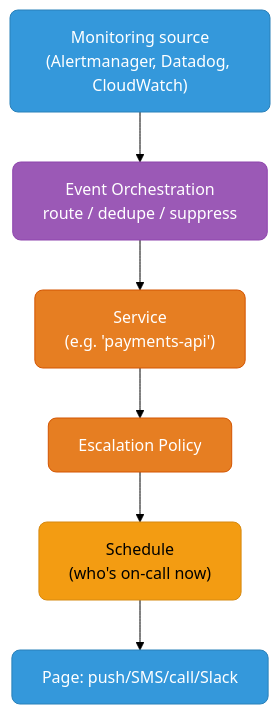
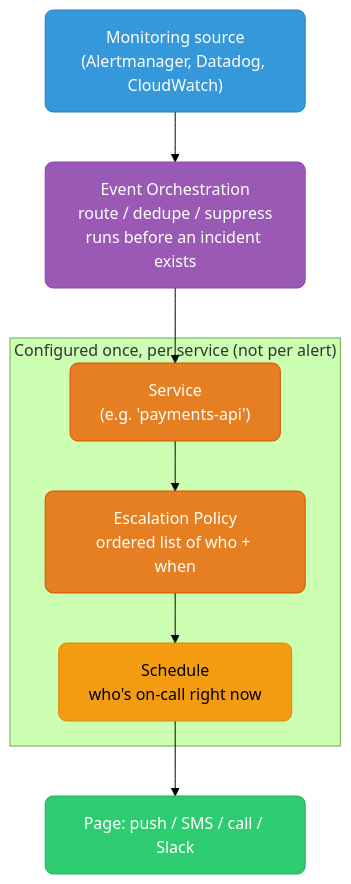
The first of 6 diagrams in sre/oncall-tooling.md (deepanshu-rawat6/DevOpsIndex), drawn with Mermaid (forest theme) before and after one commit. The commit also changed other lines of this file and 10 other files, not shown here.

````diff
--- a/sre/oncall-tooling.md
+++ b/sre/oncall-tooling.md
@@ -9,13 +14,21 @@
 ```mermaid
 flowchart TD
     classDef blue fill:#3498db,stroke:#2980b9,color:#fff,rx:8
     classDef purple fill:#9b59b6,stroke:#8e44ad,color:#fff,rx:8
     classDef orange fill:#e67e22,stroke:#d35400,color:#fff,rx:8
     classDef yellow fill:#f39c12,stroke:#d68910,color:#000,rx:8
+    classDef green fill:#2ecc71,stroke:#27ae60,color:#fff,rx:8
 
-    ALERT["Monitoring source<br>(Alertmanager, Datadog, CloudWatch)"]:::blue --> EVENT["Event Orchestration<br>route / dedupe / suppress"]:::purple
-    EVENT --> SVC["Service<br>(e.g. 'payments-api')"]:::orange
-    SVC --> EP["Escalation Policy"]:::orange
-    EP --> SCHED["Schedule<br>(who's on-call now)"]:::yellow
-    SCHED --> PAGE["Page: push/SMS/call/Slack"]:::blue
+    ALERT["Monitoring source<br>(Alertmanager, Datadog, CloudWatch)"]:::blue --> EVENT["Event Orchestration<br>route / dedupe / suppress<br>runs before an incident exists"]:::purple
+
+    subgraph CONFIG["Configured once, per service (not per alert)"]
+        SVC["Service<br>(e.g. 'payments-api')"]:::orange
+        EP["Escalation Policy<br>ordered list of who + when"]:::orange
+        SCHED["Schedule<br>who's on-call right now"]:::yellow
+    end
+
+    EVENT --> SVC
+    SVC --> EP
+    EP --> SCHED
+    SCHED --> PAGE["Page: push / SMS / call / Slack"]:::green
 ```
````
